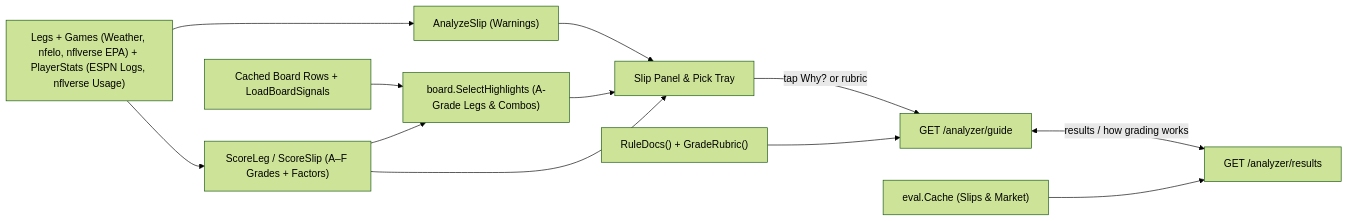
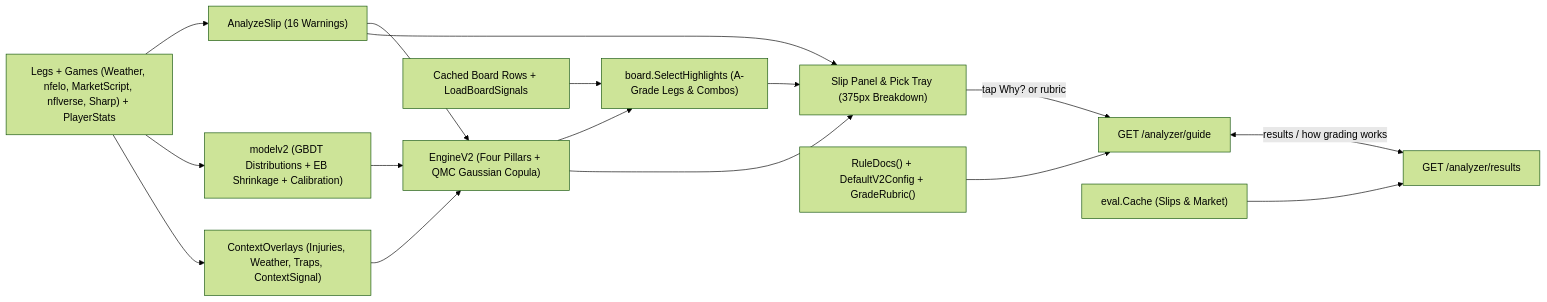
One commit to kalverra/parlay-club changed the diagram in docs/concepts/analyzer.md. Above: the diagram before and after it, drawn with Mermaid (forest theme). The commit also changed other lines of this file and 127 other files, not shown here.

````diff
--- a/docs/concepts/analyzer.md
+++ b/docs/concepts/analyzer.md
@@ -24,14 +24,18 @@
 ```mermaid
 flowchart LR
-  Inputs["Legs + Games (Weather, nfelo, nflverse EPA) + PlayerStats (ESPN Logs, nflverse Usage)"] --> Rules["AnalyzeSlip (Warnings)"]
-  Inputs --> Grades["ScoreLeg / ScoreSlip (A–F Grades + Factors)"]
+  Inputs["Legs + Games (Weather, nfelo, MarketScript, nflverse, Sharp) + PlayerStats"] --> Rules["AnalyzeSlip (16 Warnings)"]
+  Inputs --> ModelV2["modelv2 (GBDT Distributions + EB Shrinkage + Calibration)"]
+  Inputs --> Overlays["ContextOverlays (Injuries, Weather, Traps, ContextSignal)"]
+  ModelV2 --> EngineV2["EngineV2 (Four Pillars + QMC Gaussian Copula)"]
+  Overlays --> EngineV2
+  Rules --> EngineV2
   Board["Cached Board Rows + LoadBoardSignals"] --> Highlights["board.SelectHighlights (A-Grade Legs & Combos)"]
-  Grades --> Highlights
-  Rules --> UI["Slip Panel & Pick Tray"]
-  Grades --> UI
+  EngineV2 --> Highlights
+  Rules --> UI["Slip Panel & Pick Tray (375px Breakdown)"]
+  EngineV2 --> UI
   Highlights --> UI
   UI -->|"tap Why? or rubric"| Guide["GET /analyzer/guide"]
   Guide <-->|"results / how grading works"| Results["GET /analyzer/results"]
-  EngineDocs["RuleDocs() + GradeRubric()"] --> Guide
+  EngineDocs["RuleDocs() + DefaultV2Config + GradeRubric()"] --> Guide
   Cache["eval.Cache (Slips & Market)"] --> Results
 ```
````
